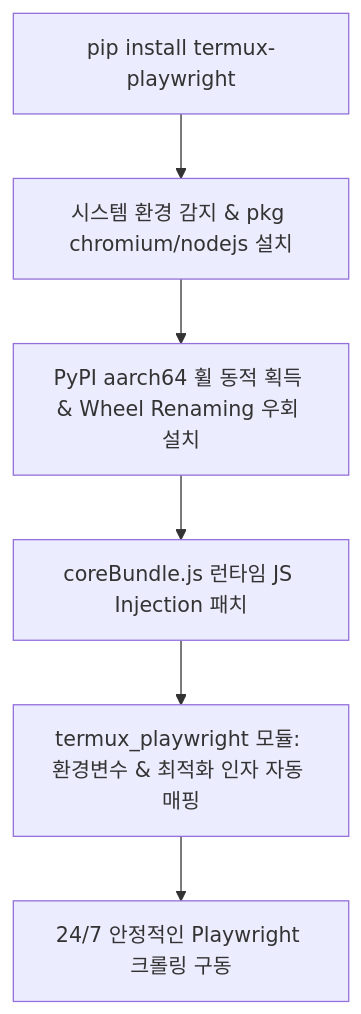
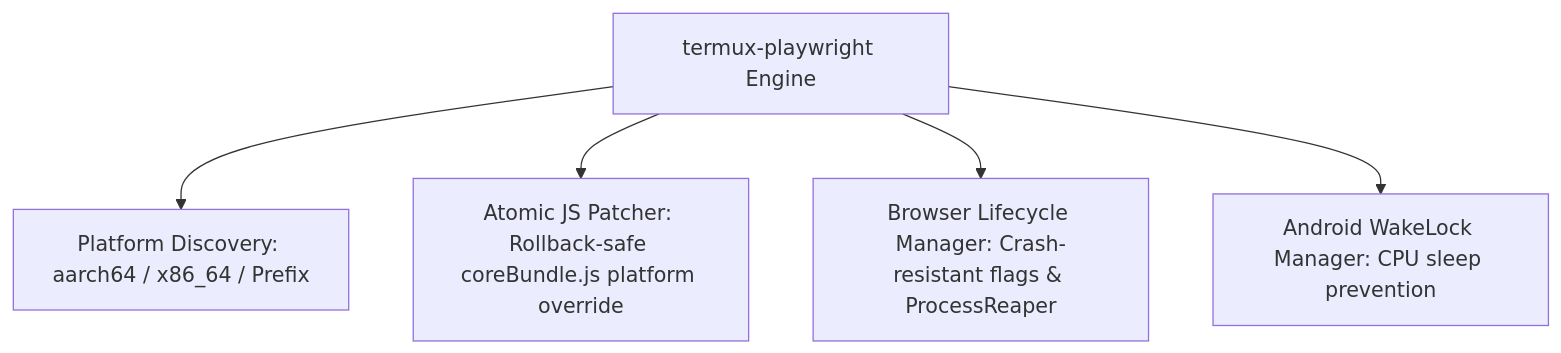
One commit to uno-km/termux-playwright changed the diagram in README.md. Above: the diagram before and after it, drawn with Mermaid. The commit also changed other lines of this file and 13 other files, not shown here.

Commit message:
refactor: complete principal engineering overhaul (deterministic lifecycle, zero side-effects, atomic patcher, typed exceptions, pytest suite)

````diff
--- a/README.md
+++ b/README.md
@@ -63,8 +24,7 @@
 ```mermaid
 flowchart TD
-    A[pip install termux-playwright] --> B[시스템 환경 감지 & pkg chromium/nodejs 설치]
-    B --> C[PyPI aarch64 휠 동적 획득 & Wheel Renaming 우회 설치]
-    C --> D[coreBundle.js 런타임 JS Injection 패치]
-    D --> E[termux_playwright 모듈: 환경변수 & 최적화 인자 자동 매핑]
-    E --> F[24/7 안정적인 Playwright 크롤링 구동]
+    A[termux-playwright Engine] --> B[Platform Discovery: aarch64 / x86_64 / Prefix]
+    A --> C[Atomic JS Patcher: Rollback-safe coreBundle.js platform override]
+    A --> D[Browser Lifecycle Manager: Crash-resistant flags & ProcessReaper]
+    A --> E[Android WakeLock Manager: CPU sleep prevention]
 ```
````
